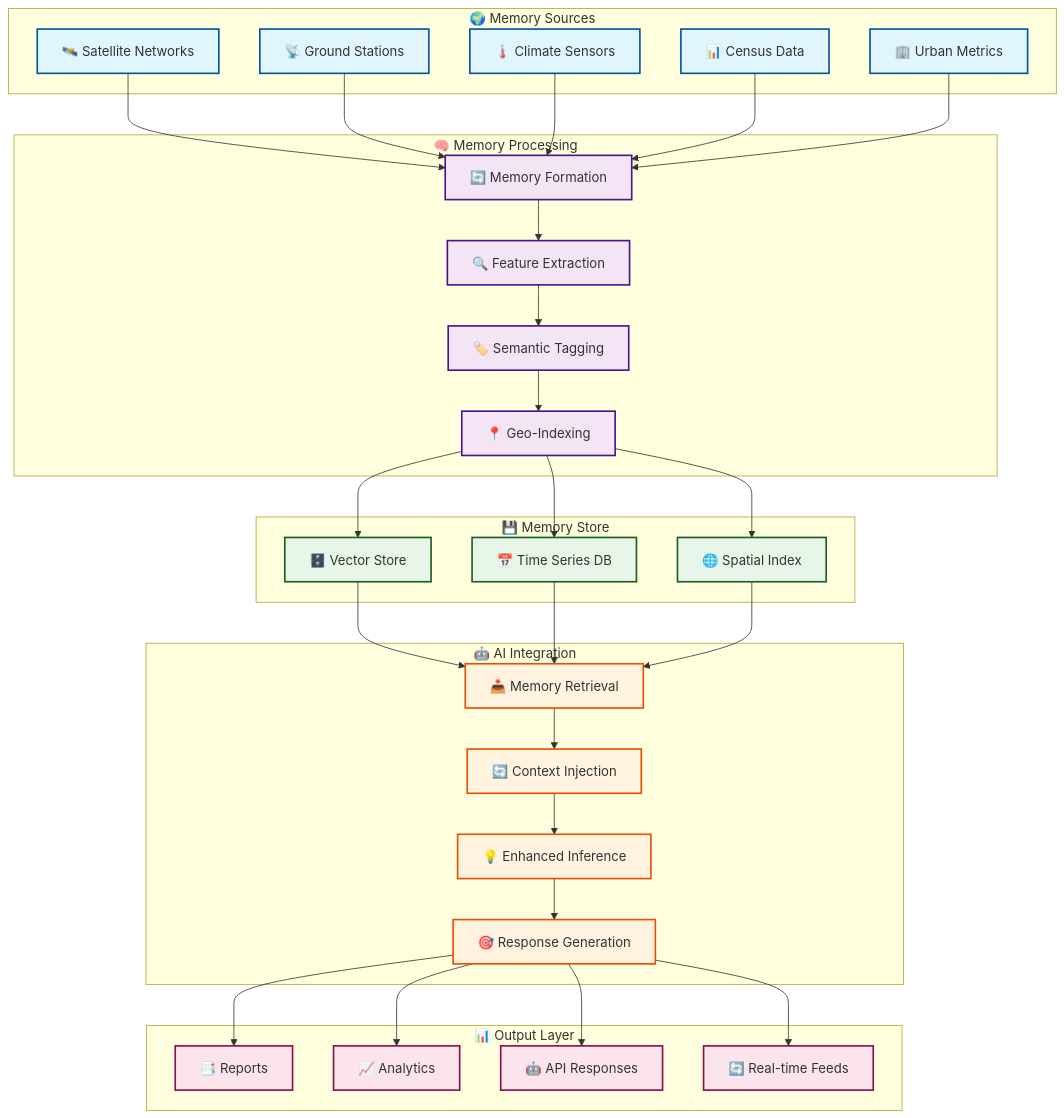
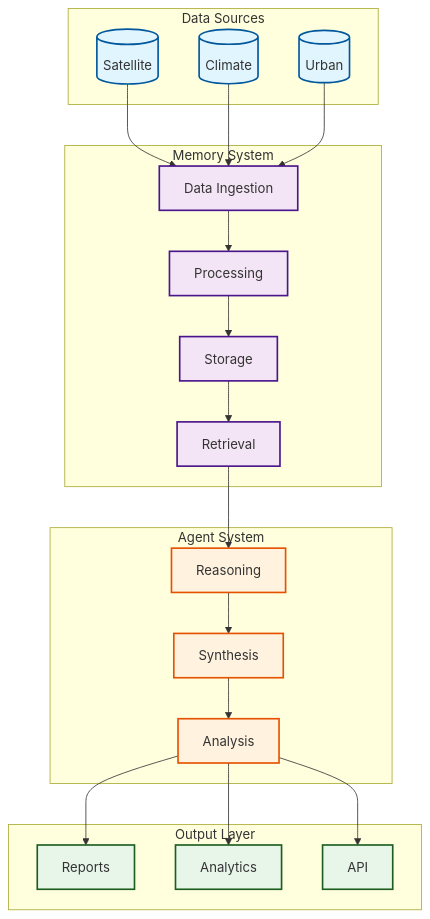
One commit to Vortx-AI/memories-dev changed the first of 3 diagrams in README.md. Above: the diagram before and after it, drawn with Mermaid. The commit also changed other lines of this file, not shown here.

````diff
--- a/README.md
+++ b/README.md
@@ -40,56 +42,53 @@
 ```mermaid
 graph TD
-    classDef sourceNode fill:#e1f5fe,stroke:#01579b,stroke-width:2px;
-    classDef processNode fill:#f3e5f5,stroke:#4a148c,stroke-width:2px;
-    classDef aiNode fill:#fff3e0,stroke:#e65100,stroke-width:2px;
-    classDef storeNode fill:#e8f5e9,stroke:#1b5e20,stroke-width:2px;
-    classDef outputNode fill:#fce4ec,stroke:#880e4f,stroke-width:2px;
+    %% Style definitions
+    classDef sourceNode fill:#e1f5fe,stroke:#01579b,stroke-width:2px
+    classDef memoryNode fill:#f3e5f5,stroke:#4a148c,stroke-width:2px
+    classDef agentNode fill:#fff3e0,stroke:#e65100,stroke-width:2px
+    classDef outputNode fill:#e8f5e9,stroke:#1b5e20,stroke-width:2px
 
-    subgraph "🌍 Memory Sources"
-        S1["🛰️ Satellite Networks"]
-        S2["📡 Ground Stations"]
-        S3["🌡️ Climate Sensors"]
-        S4["📊 Census Data"]
-        S5["🏢 Urban Metrics"]
+    %% Data Sources
+    subgraph DataSources["Data Sources"]
+        S1[("Satellite")]
+        S2[("Climate")]
+        S3[("Urban")]
     end
 
-    subgraph "🧠 Memory Processing"
-        M1["🔄 Memory Formation"]
-        M2["🔍 Feature Extraction"]
-        M3["🏷️ Semantic Tagging"]
-        M4["📍 Geo-Indexing"]
+    %% Memory System
+    subgraph MemorySystem["Memory System"]
+        M1["Data Ingestion"]
+        M2["Processing"]
+        M3["Storage"]
+        M4["Retrieval"]
     end
 
-    subgraph "💾 Memory Store"
-        DB1["🗄️ Vector Store"]
-        DB2["📅 Time Series DB"]
-        DB3["🌐 Spatial Index"]
+    %% Agent System
+    subgraph AgentSystem["Agent System"]
+        A1["Reasoning"]
+        A2["Synthesis"]
+        A3["Analysis"]
     end
 
-    subgraph "🤖 AI Integration"
-        AI1["📥 Memory Retrieval"]
-        AI2["🔄 Context Injection"]
-        AI3["💡 Enhanced Inference"]
-        AI4["🎯 Response Generation"]
+    %% Output Layer
+    subgraph OutputLayer["Output Layer"]
+        O1["Reports"]
+        O2["Analytics"]
+        O3["API"]
     end
 
-    subgraph "📊 Output Layer"
-        O1["📑 Reports"]
-        O2["📈 Analytics"]
-        O3["🤖 API Responses"]
-        O4["🔄 Real-time Feeds"]
-    end
+    %% Connections
+    S1 & S2 & S3 --> M1
+    M1 --> M2
+    M2 --> M3
+    M3 --> M4
+    M4 --> A1
+    A1 --> A2
+    A2 --> A3
+    A3 --> O1 & O2 & O3
 
-    S1 & S2 & S3 & S4 & S5 --> M1
-    M1 --> M2 --> M3 --> M4
-    M4 --> DB1 & DB2 & DB3
-    DB1 & DB2 & DB3 --> AI1
-    AI1 --> AI2 --> AI3 --> AI4
-    AI4 --> O1 & O2 & O3 & O4
-
-    class S1,S2,S3,S4,S5 sourceNode;
-    class M1,M2,M3,M4 processNode;
-    class DB1,DB2,DB3 storeNode;
-    class AI1,AI2,AI3,AI4 aiNode;
-    class O1,O2,O3,O4 outputNode;
+    %% Apply styles
+    class S1,S2,S3 sourceNode
+    class M1,M2,M3,M4 memoryNode
+    class A1,A2,A3 agentNode
+    class O1,O2,O3 outputNode
 ```
````
